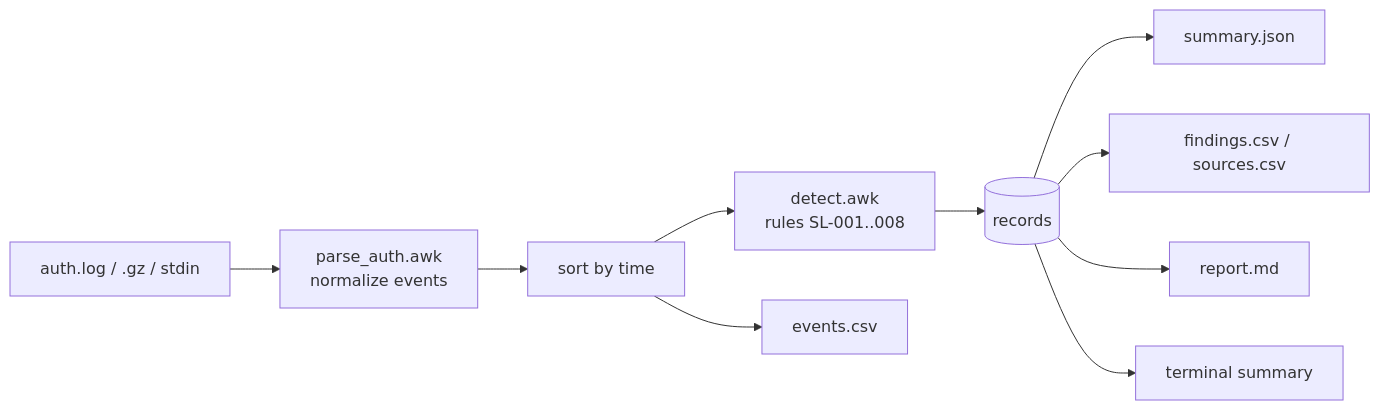
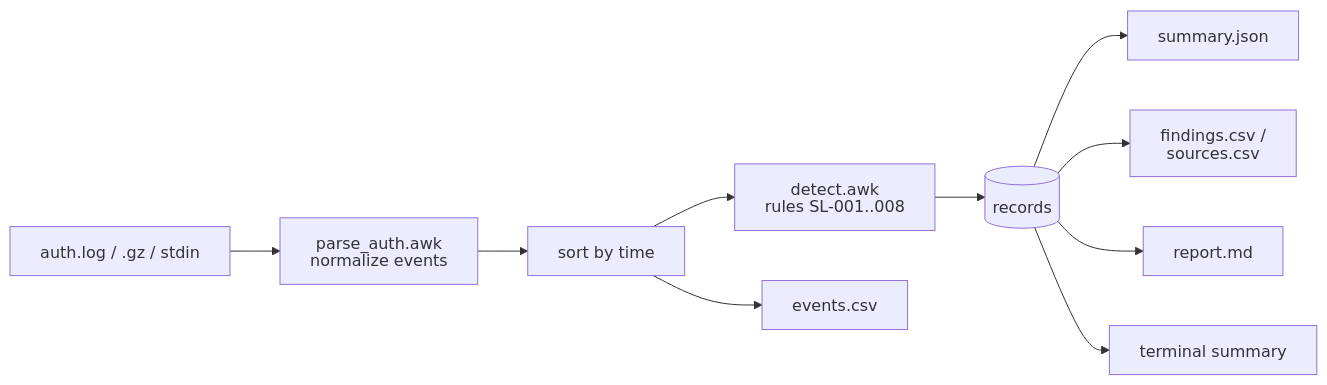
One commit to OYDeadpoolife/security-log-automation changed the diagram in README.md. Above: the diagram before and after it, drawn with Mermaid. The commit also changed 1 other file, not shown here.

Commit message:
Use SVG text labels in Mermaid diagrams (HTML labels were clipped on GitHub)

````diff
--- a/README.md
+++ b/README.md
@@ -58,12 +58,18 @@
 ```mermaid
+---
+config:
+  htmlLabels: false
+  flowchart:
+    htmlLabels: false
+---
 flowchart LR
     A[auth.log / .gz / stdin] --> B[parse_auth.awk<br/>normalize events]
     B --> C[sort by time]
     C --> D[detect.awk<br/>rules SL-001..008]
     D --> E[(records)]
     E --> F[summary.json]
     E --> G[findings.csv / sources.csv]
     C --> H[events.csv]
     E --> I[report.md]
     E --> J[terminal summary]
 ```
````
